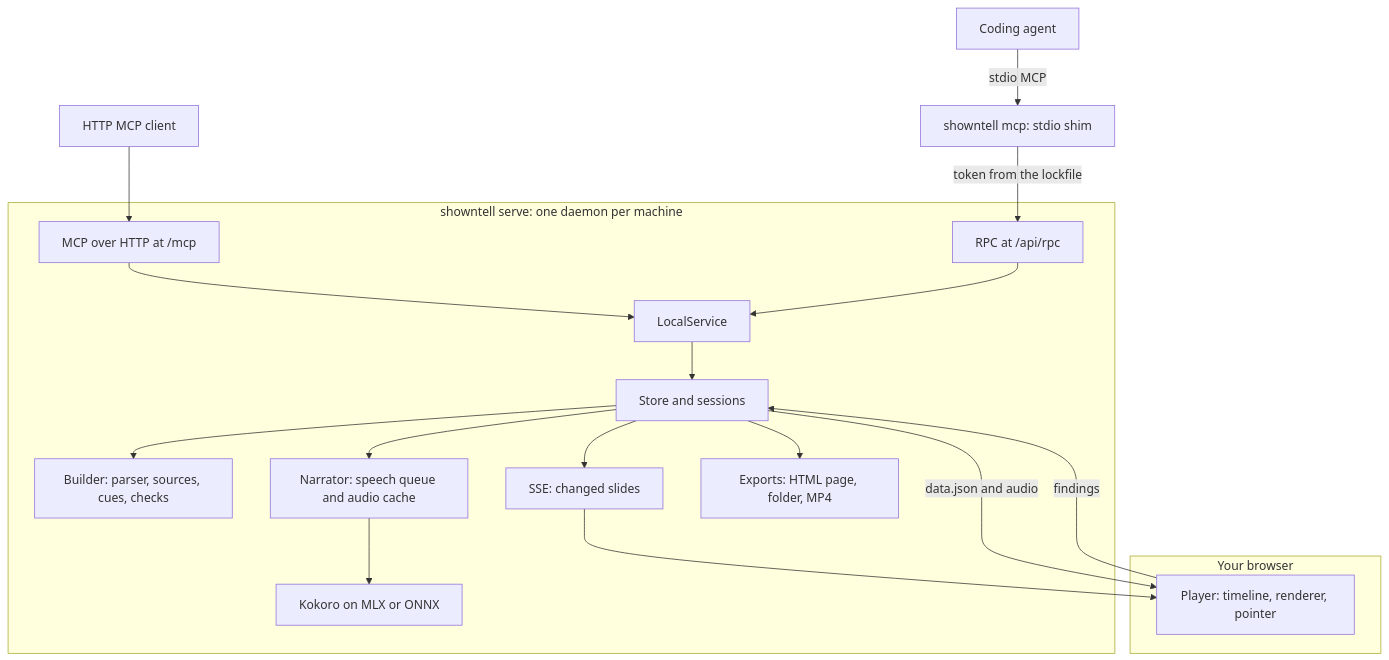
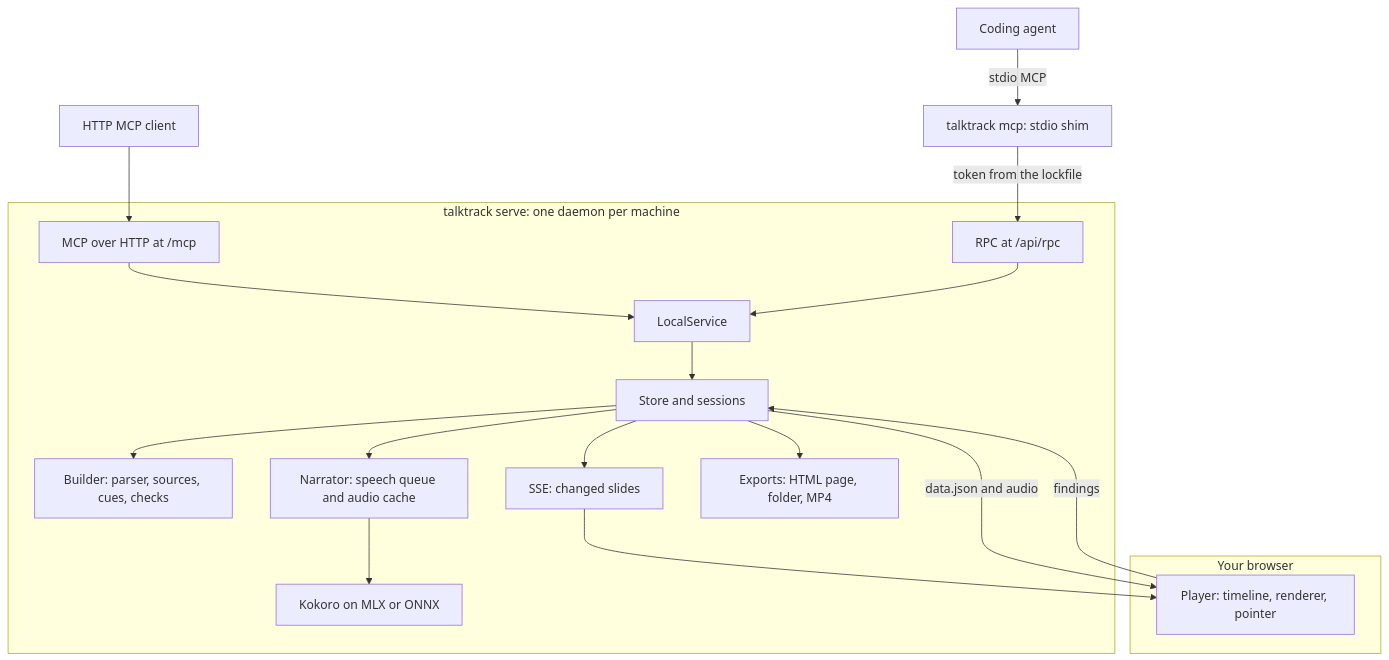
Before and after one commit to AhmedElhadarey/talktrack: the diagram in README.md, drawn with Mermaid. The commit also changed other lines of this file and 249 other files, not shown here.

````diff
--- a/README.md
+++ b/README.md
@@ -64,22 +64,22 @@
 ```mermaid
 graph TB
-  subgraph daemon ["showntell serve: one daemon per machine"]
+  subgraph daemon ["talktrack serve: one daemon per machine"]
     MCPH["MCP over HTTP at /mcp"] --> SV["LocalService"]
     RPC["RPC at /api/rpc"] --> SV
     SV --> ST["Store and sessions"]
     ST --> BL["Builder: parser, sources, cues, checks"]
     ST --> NR["Narrator: speech queue and audio cache"]
     NR --> BK["Kokoro on MLX or ONNX"]
     ST --> EV["SSE: changed slides"]
     ST --> EX["Exports: HTML page, folder, MP4"]
   end
   subgraph browser ["Your browser"]
     PL["Player: timeline, renderer, pointer"]
   end
-  AG["Coding agent"] -->|"stdio MCP"| SH["showntell mcp: stdio shim"]
+  AG["Coding agent"] -->|"stdio MCP"| SH["talktrack mcp: stdio shim"]
   SH -->|"token from the lockfile"| RPC
   HC["HTTP MCP client"] --> MCPH
   EV --> PL
   ST -->|"data.json and audio"| PL
   PL -->|"findings"| ST
 ```
````
